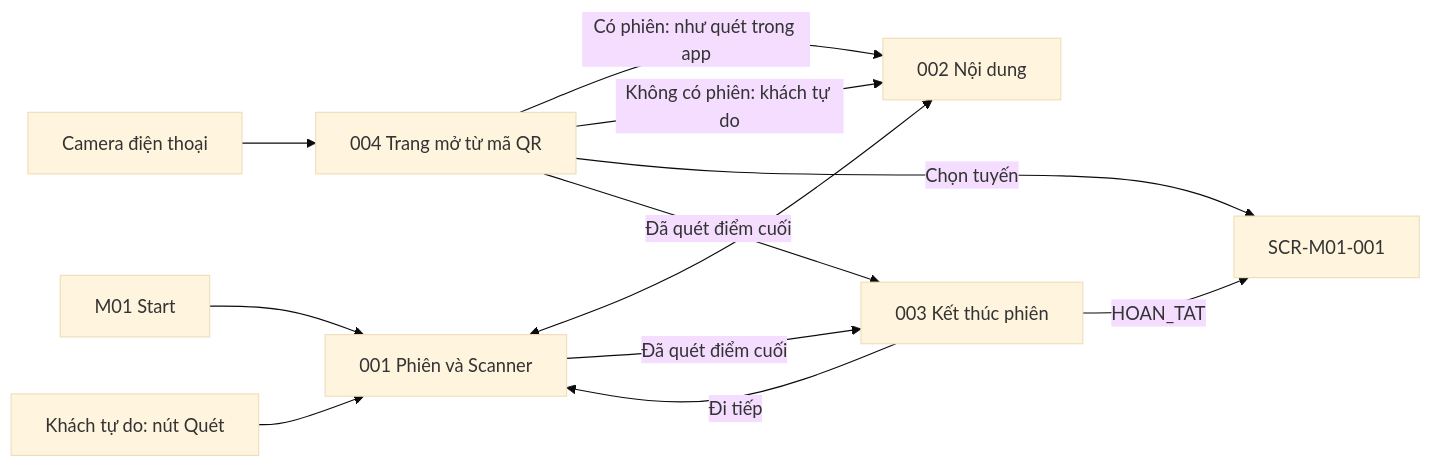
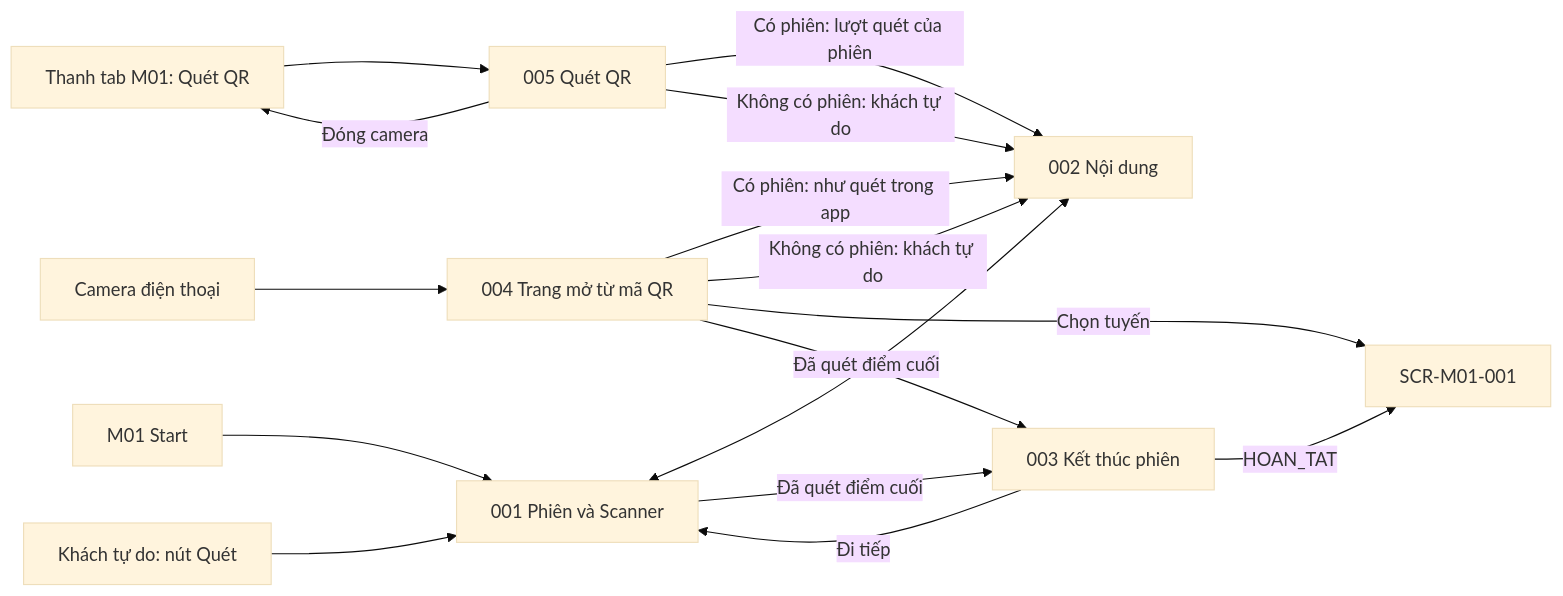
The diagram in screens/screen list/screen-list-M02.md (MckhueVanPhuc/Refactor-Cuc-Phuong), drawn with Mermaid (base theme) before and after one commit. The commit also changed other lines of this file and 35 other files, not shown here.

````diff
--- a/screens/screen list/screen-list-M02.md
+++ b/screens/screen list/screen-list-M02.md
@@ -66,14 +76,18 @@
 ```mermaid
 flowchart LR
     A["M01 Start"] --> B["001 Phiên và Scanner"]
     F["Khách tự do: nút Quét"] --> B
     Q["Camera điện thoại"] --> G["004 Trang mở từ mã QR"]
+    T["Thanh tab M01: Quét QR"] --> S["005 Quét QR"]
+    S -->|"Có phiên: lượt quét của phiên"| C
+    S -->|"Không có phiên: khách tự do"| C
+    S -->|"Đóng camera"| T
     G -->|"Có phiên: như quét trong app"| C["002 Nội dung"]
     G -->|"Không có phiên: khách tự do"| C
     G -->|"Chọn tuyến"| H["SCR-M01-001"]
     B <--> C
     B -->|"Đã quét điểm cuối"| D["003 Kết thúc phiên"]
     G -->|"Đã quét điểm cuối"| D
     D -->|"Đi tiếp"| B
     D -->|"HOAN_TAT"| H
 ```
````
